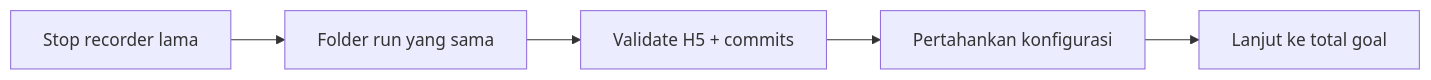
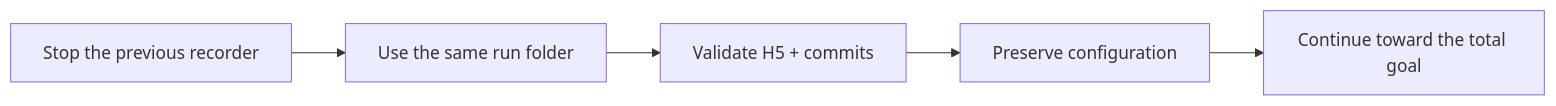
The second of 2 diagrams in docs/RECORDER.md (angelinemar/NSTC-Surgical-Instrument-Pick-Place), drawn with Mermaid before and after one commit. The commit also changed other lines of this file and 10 other files, not shown here.

Commit message:
Translate reader-facing documentation and diagrams into English

````diff
--- a/docs/RECORDER.md
+++ b/docs/RECORDER.md
@@ -42,7 +43,7 @@
 ```mermaid
 flowchart LR
-    A["Stop recorder lama"] --> B["Folder run yang sama"]
+    A["Stop the previous recorder"] --> B["Use the same run folder"]
     B --> C["Validate H5 + commits"]
-    C --> D["Pertahankan konfigurasi"]
-    D --> E["Lanjut ke total goal"]
+    C --> D["Preserve configuration"]
+    D --> E["Continue toward the total goal"]
 ```
````
